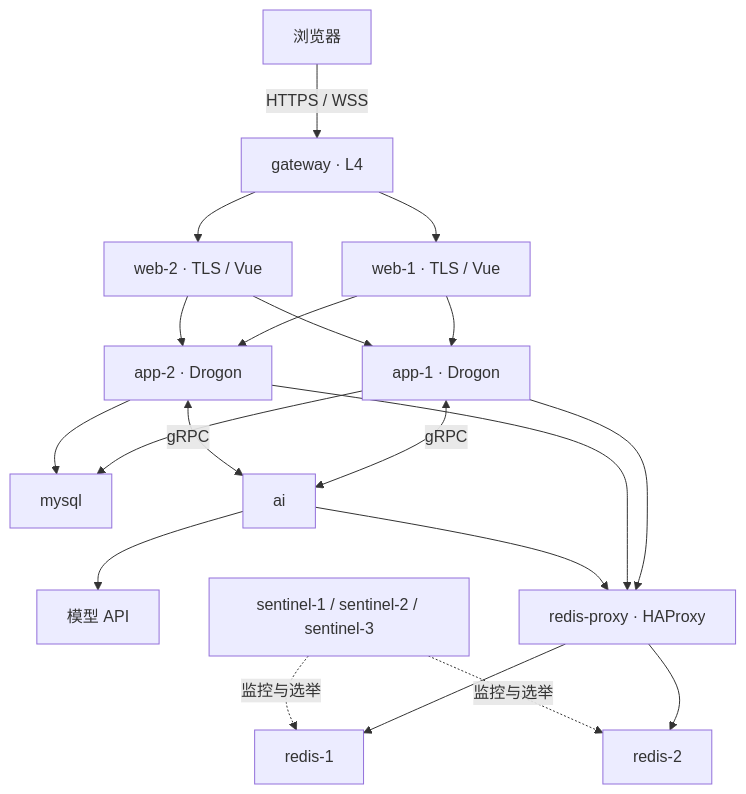
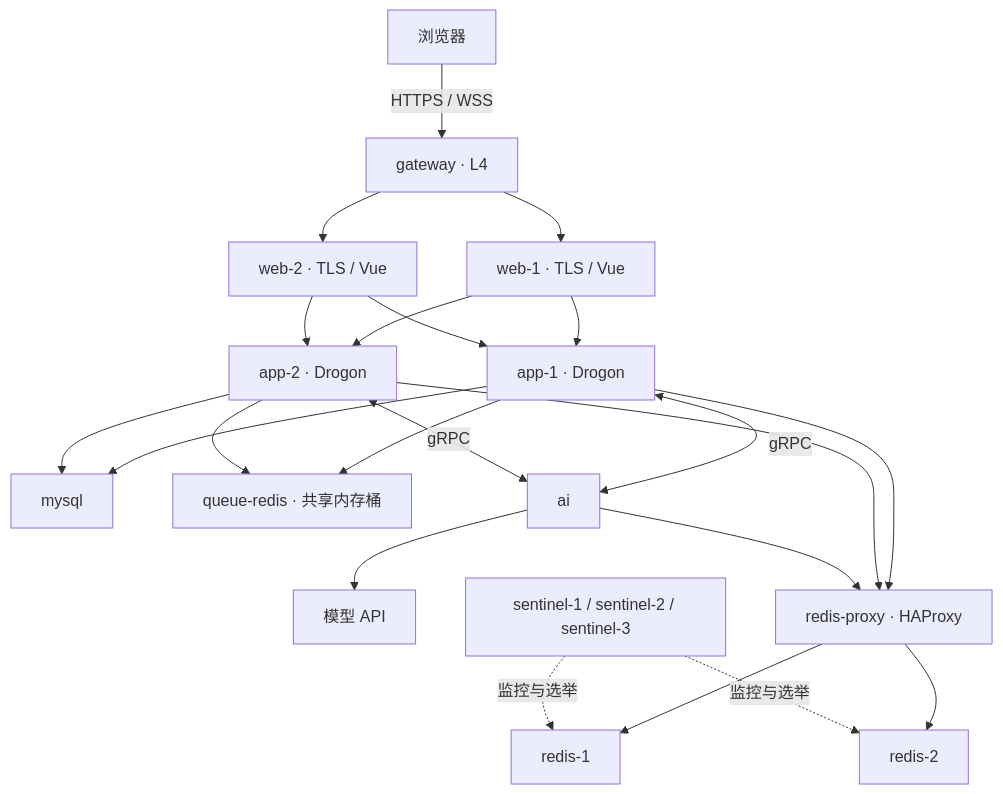
Before and after one commit to anwalld/tablefork: the diagram in README.md, drawn with Mermaid. The commit also changed other lines of this file and 43 other files, not shown here.

````diff
--- a/README.md
+++ b/README.md
@@ -5,22 +7,24 @@
 ```mermaid
 flowchart TD
     browser[浏览器] -->|HTTPS / WSS| gateway[gateway · L4]
     gateway --> web1[web-1 · TLS / Vue]
     gateway --> web2[web-2 · TLS / Vue]
     web1 --> app1[app-1 · Drogon]
     web1 --> app2[app-2 · Drogon]
     web2 --> app1
     web2 --> app2
     app1 --> mysql[mysql]
     app2 --> mysql
+    app1 --> queue[queue-redis · 共享内存桶]
+    app2 --> queue
     app1 <-->|gRPC| ai[ai]
     app2 <-->|gRPC| ai
     ai --> providers[模型 API]
     app1 --> proxy[redis-proxy · HAProxy]
     app2 --> proxy
     ai --> proxy
     proxy --> redis1[redis-1]
     proxy --> redis2[redis-2]
     sentinels[sentinel-1 / sentinel-2 / sentinel-3] -.监控与选举.-> redis1
     sentinels -.监控与选举.-> redis2
 ```
````
